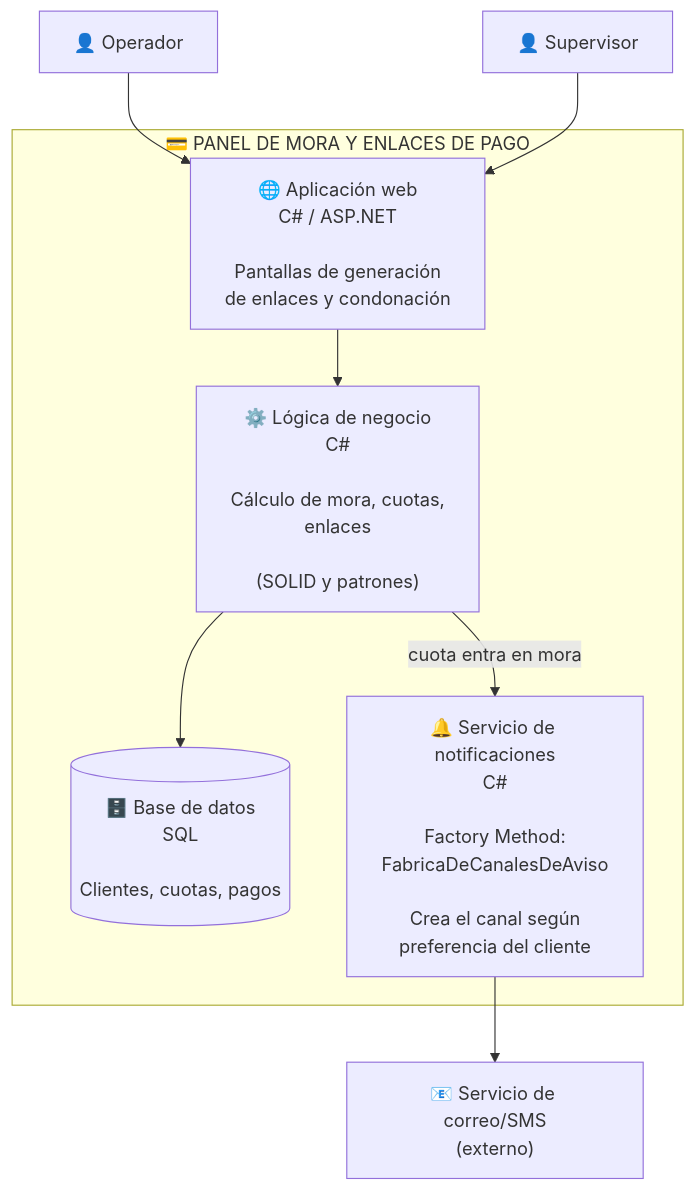
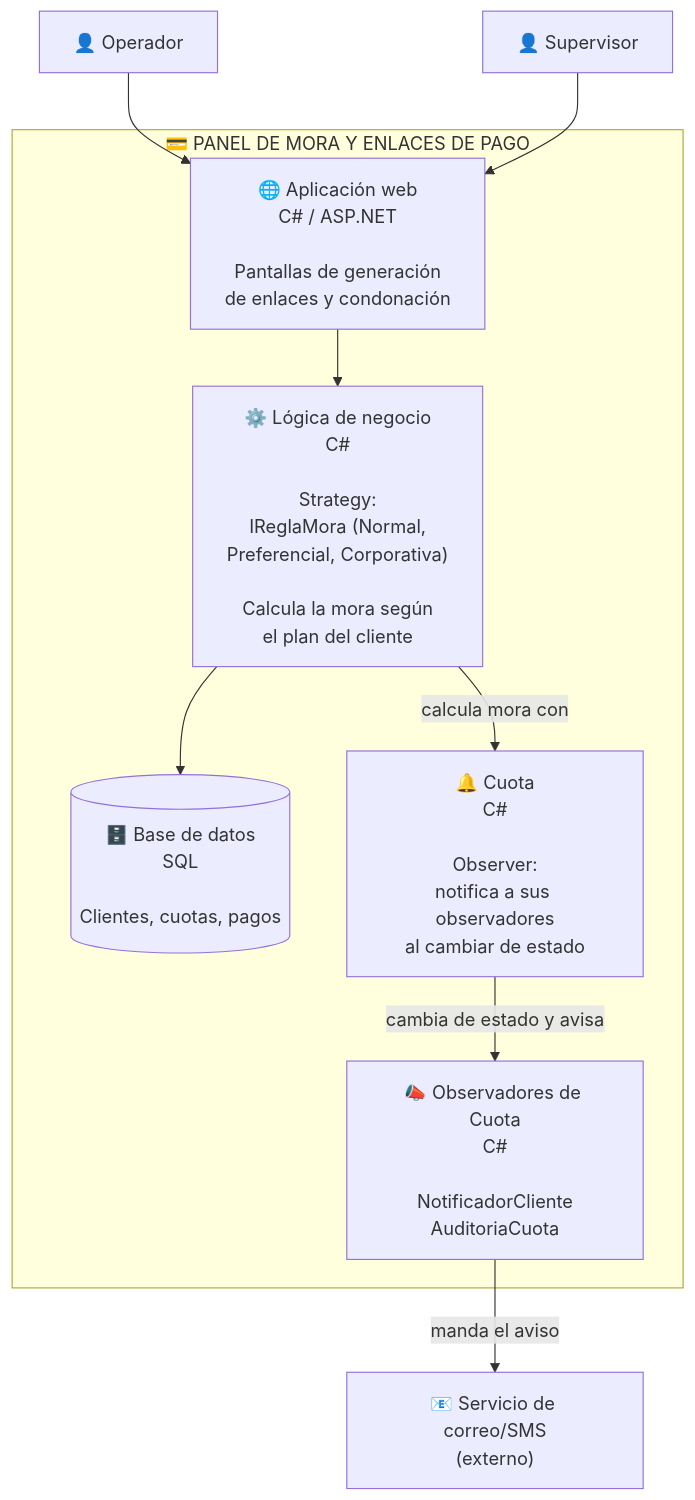
The second of 2 diagrams in H4/readme.md (reychman/expediente-arq-apaza), drawn with Mermaid before and after one commit. The commit also changed other lines of this file, not shown here.

Commit message:
corrigiendo mi nivel 2 en  la logica con strategy y observer en la couta y notificacion

````diff
--- a/H4/readme.md
+++ b/H4/readme.md
@@ -22,18 +24,20 @@
 ```mermaid
 flowchart TD
     Operador["👤 Operador"]
     Supervisor["👤 Supervisor"]
     subgraph Sistema["💳 PANEL DE MORA Y ENLACES DE PAGO"]
         Web["🌐 Aplicación web<br/>C# / ASP.NET<br/><br/>Pantallas de generación<br/>de enlaces y condonación"]
-        Logica["⚙️ Lógica de negocio<br/>C#<br/><br/>Cálculo de mora, cuotas,<br/>enlaces<br/><br/>(SOLID y patrones)"]
+        Logica["⚙️ Lógica de negocio<br/>C#<br/><br/>Strategy:<br/>IReglaMora (Normal,<br/>Preferencial, Corporativa)<br/><br/>Calcula la mora según<br/>el plan del cliente"]
         BD[("🗄️ Base de datos<br/>SQL<br/><br/>Clientes, cuotas, pagos")]
-        Notificacion["🔔 Servicio de notificaciones<br/>C#<br/><br/>Factory Method:<br/>FabricaDeCanalesDeAviso<br/><br/>Crea el canal según<br/>preferencia del cliente"]
+        Cuota["🔔 Cuota<br/>C#<br/><br/>Observer:<br/>notifica a sus observadores<br/>al cambiar de estado"]
+        Notificacion["📣 Observadores de Cuota<br/>C#<br/><br/>NotificadorCliente<br/>AuditoriaCuota"]
     end
     ServicioExterno["📧 Servicio de correo/SMS<br/>(externo)"]
     Operador --> Web
     Supervisor --> Web
     Web --> Logica
     Logica --> BD
-    Logica -->|cuota entra en mora| Notificacion
-    Notificacion --> ServicioExterno
+    Logica -->|calcula mora con| Cuota
+    Cuota -->|cambia de estado y avisa| Notificacion
+    Notificacion -->|manda el aviso| ServicioExterno
 ```
````
